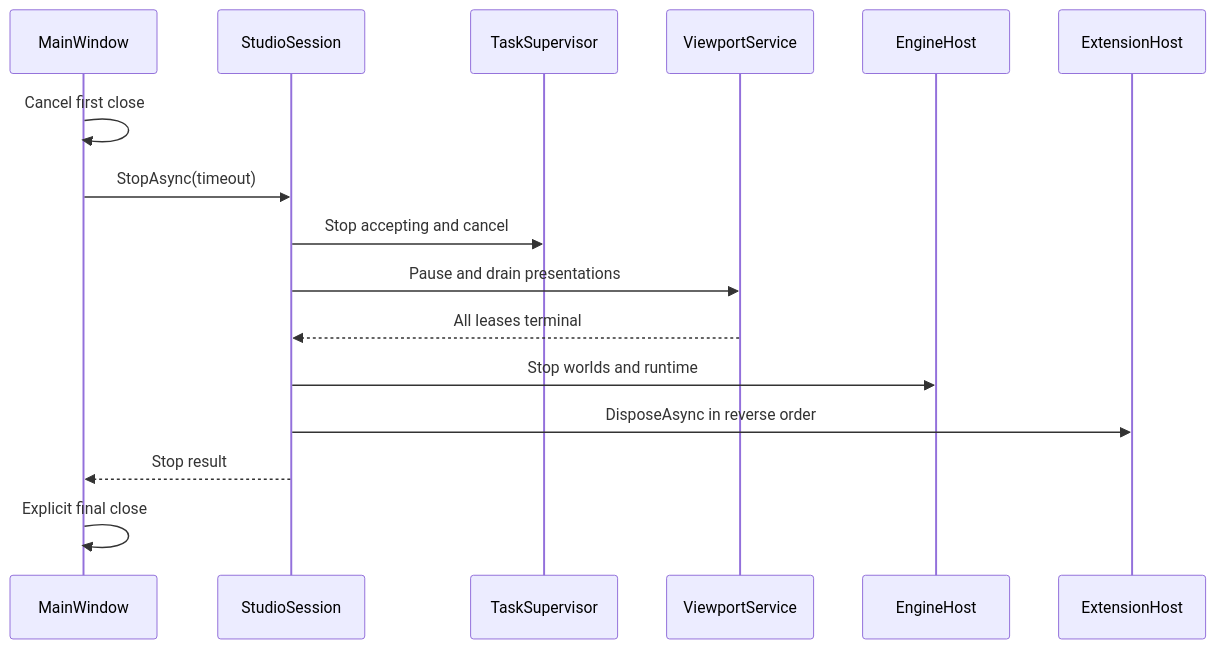
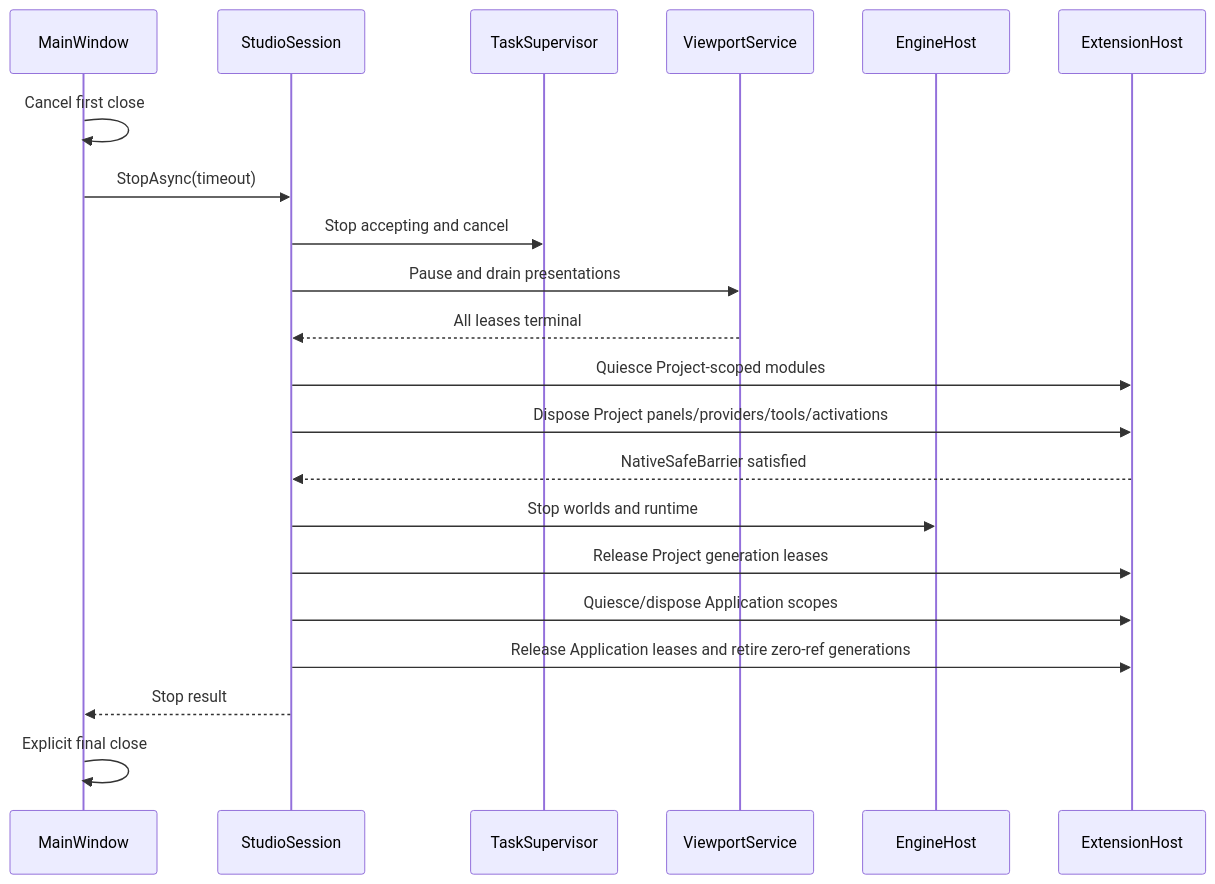
One commit to 66six11/Engine changed the third of 3 diagrams in apps/studio/docs/architecture/studio-lifecycle.md. Above: the diagram before and after it, drawn with Mermaid. The commit also changed other lines of this file and 19 other files, not shown here.

````diff
--- a/apps/studio/docs/architecture/studio-lifecycle.md
+++ b/apps/studio/docs/architecture/studio-lifecycle.md
@@ -99,19 +156,24 @@
 ```mermaid
 sequenceDiagram
     participant Window as MainWindow
     participant Studio as StudioSession
     participant Tasks as TaskSupervisor
     participant Viewports as ViewportService
     participant Engine as EngineHost
     participant Ext as ExtensionHost
 
     Window->>Window: Cancel first close
     Window->>Studio: StopAsync(timeout)
     Studio->>Tasks: Stop accepting and cancel
     Studio->>Viewports: Pause and drain presentations
     Viewports-->>Studio: All leases terminal
+    Studio->>Ext: Quiesce Project-scoped modules
+    Studio->>Ext: Dispose Project panels/providers/tools/activations
+    Ext-->>Studio: NativeSafeBarrier satisfied
     Studio->>Engine: Stop worlds and runtime
-    Studio->>Ext: DisposeAsync in reverse order
+    Studio->>Ext: Release Project generation leases
+    Studio->>Ext: Quiesce/dispose Application scopes
+    Studio->>Ext: Release Application leases and retire zero-ref generations
     Studio-->>Window: Stop result
     Window->>Window: Explicit final close
 ```
````
